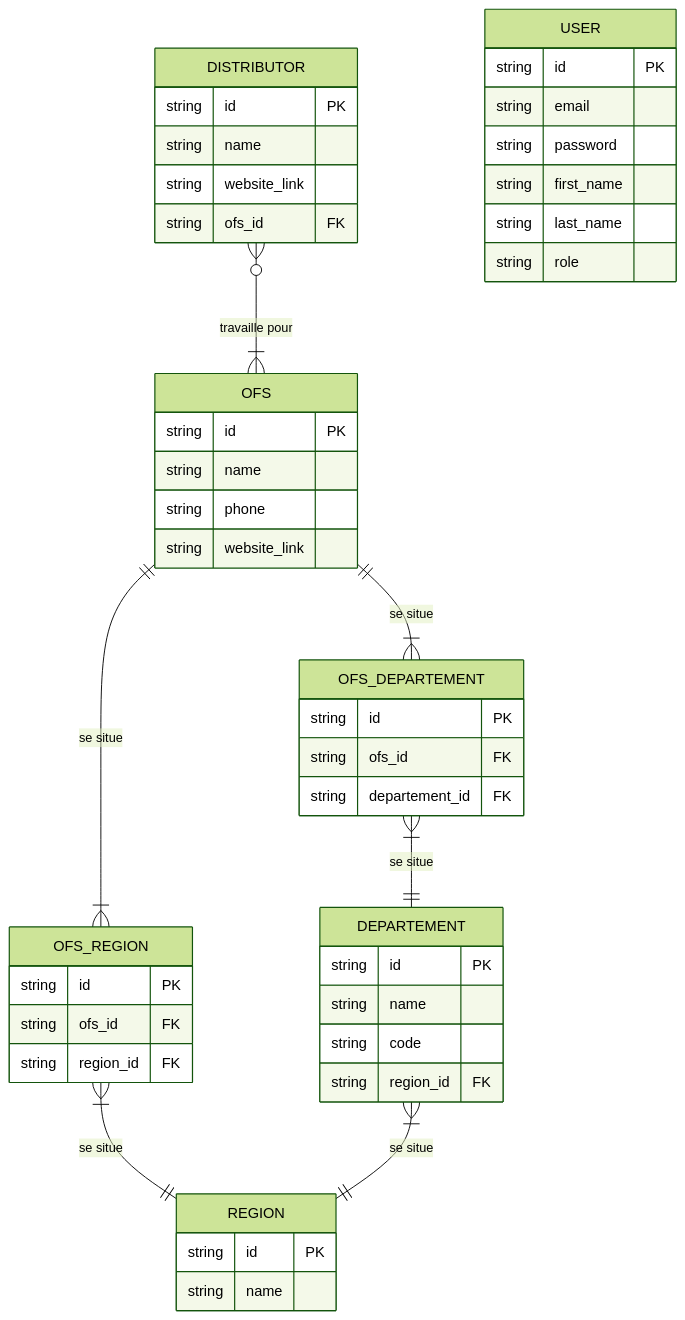
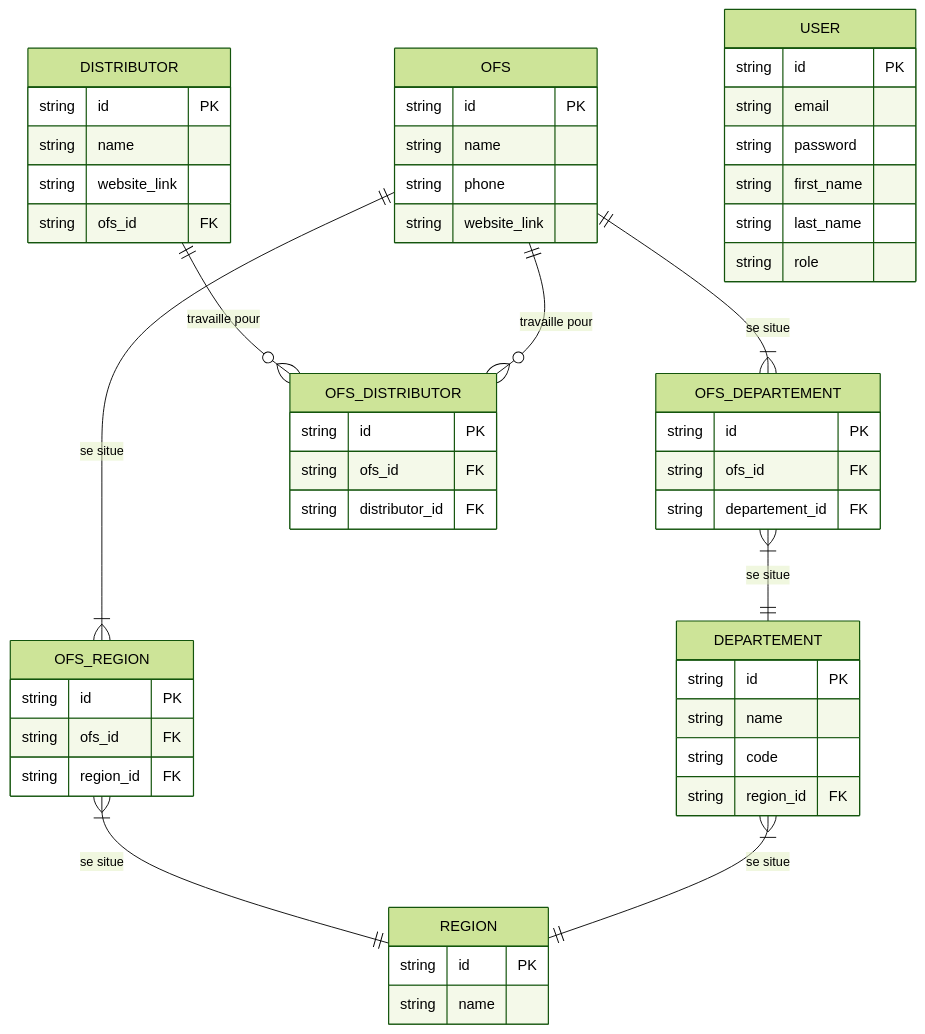
The diagram in apps/backend/doc/entities-relationships-diagram.mermaid (MTES-MCT/boris), drawn with Mermaid (forest theme) before and after one commit.

Commit message:
doc: update mermaid file

```diff
--- a/apps/backend/doc/entities-relationships-diagram.mermaid
+++ b/apps/backend/doc/entities-relationships-diagram.mermaid
@@ -1,64 +1,69 @@
 erDiagram
     %% -------------------
     %% |  RELATIONSHIPS  |
     %% -------------------
 
     OFS ||--|{ OFS_REGION : "se situe"
     OFS_REGION }|--|| REGION : "se situe"
     OFS ||--|{ OFS_DEPARTEMENT : "se situe"
     OFS_DEPARTEMENT }|--|| DEPARTEMENT : "se situe"
     DEPARTEMENT }|--|| REGION : "se situe"
-    DISTRIBUTOR }o--|{ OFS : "travaille pour"
-
-    %% todo: confirmer le type de relation entre DISTRIBUTOR et OFS
+    DISTRIBUTOR ||--o{ OFS_DISTRIBUTOR : "travaille pour"
+    OFS ||--o{ OFS_DISTRIBUTOR : "travaille pour"
 
     %% -------------------
     %% |    ENTITIES     |
     %% -------------------
 
     OFS {
         string id PK
         string name
         string phone
         string website_link
     }
 
     REGION {
       string id PK
       string name
     }
 
     OFS_REGION {
       string id PK
       string ofs_id FK
       string region_id FK
     }
 
     DEPARTEMENT {
       string id PK
       string name
       string code
       string region_id FK
     }
 
     OFS_DEPARTEMENT {
       string id PK
       string ofs_id FK
       string departement_id FK
     }
 
     DISTRIBUTOR {
       string id PK
       string name
       string website_link
       string ofs_id FK
     }
 
+    OFS_DISTRIBUTOR {
+      string id PK
+      string ofs_id FK
+      string distributor_id FK
+    }
+
     USER {
       string id PK
       string email
       string password
       string first_name
       string last_name
       string role
     }
```
